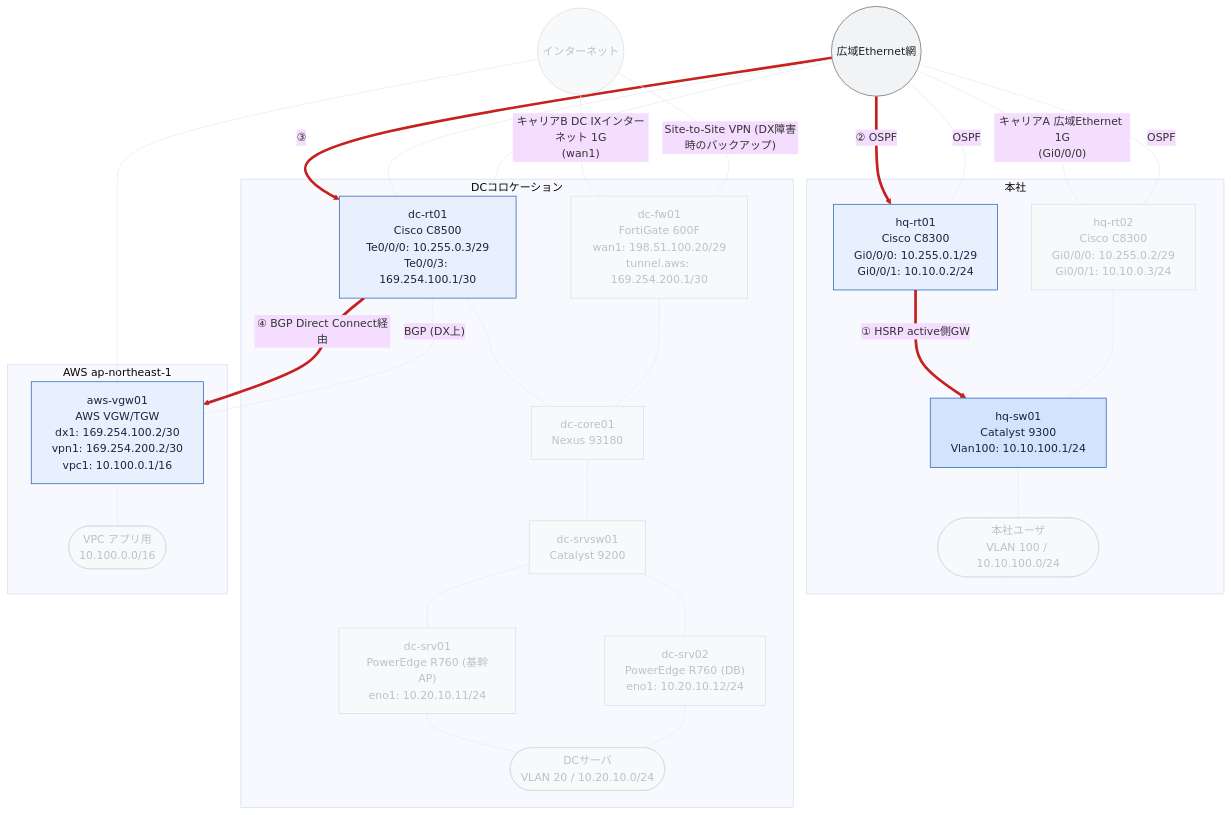
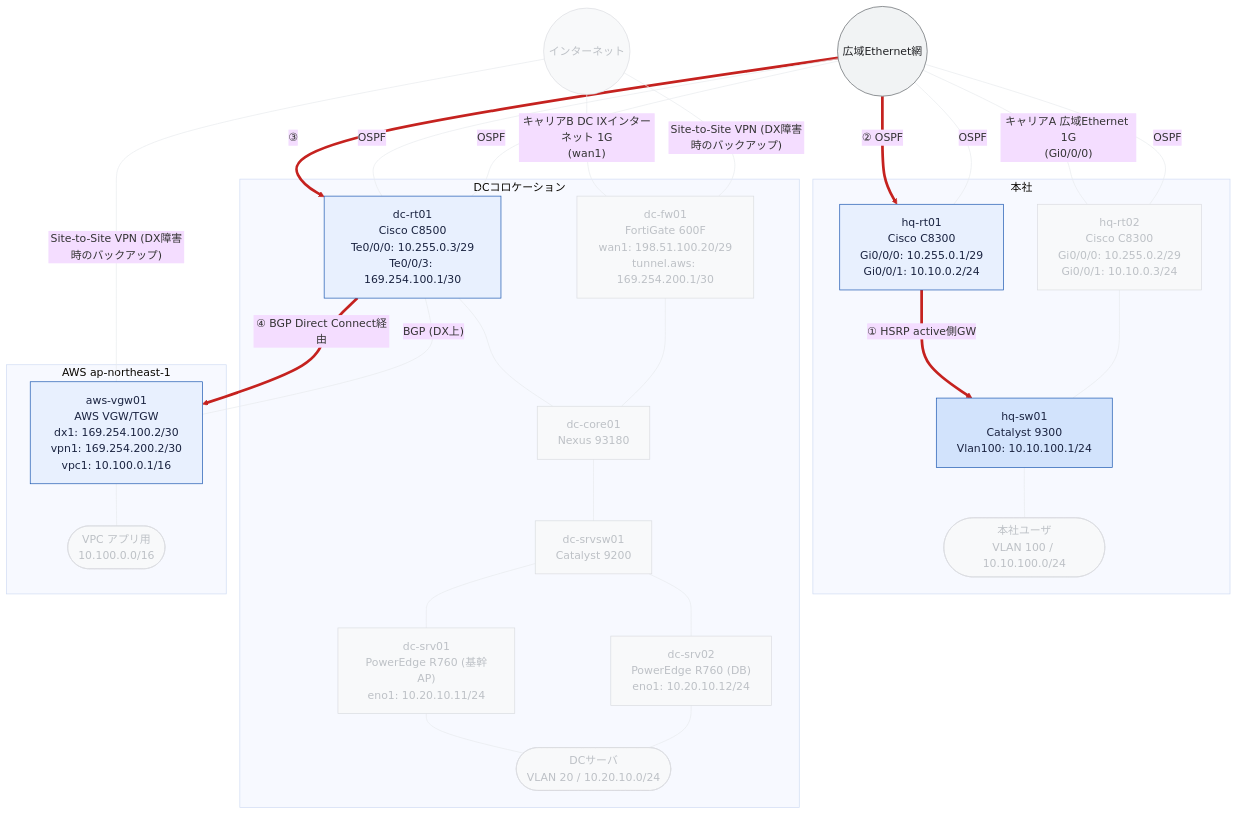
Before and after one commit to thinas1115/nwdsl: the diagram in examples/hq-dc-cloud/generated/path-normal.mmd, drawn with Mermaid (base theme). The commit also changed 53 other files, not shown here.

First line of the commit message:
論理図で本社だけ配置がズレる問題を修正 (via分割エッジのラベル非対称)

```diff
--- a/examples/hq-dc-cloud/generated/path-normal.mmd
+++ b/examples/hq-dc-cloud/generated/path-normal.mmd
@@ -1,63 +1,63 @@
 flowchart TB
   subgraph sg_hq["本社"]
     hq_rt01["hq-rt01<br>Cisco C8300<br>Gi0/0/0: 10.255.0.1/29<br>Gi0/0/1: 10.10.0.2/24"]
     hq_sw01["hq-sw01<br>Catalyst 9300<br>Vlan100: 10.10.100.1/24"]
     hq_rt02["hq-rt02<br>Cisco C8300<br>Gi0/0/0: 10.255.0.2/29<br>Gi0/0/1: 10.10.0.3/24"]
     seg__hq_users(["本社ユーザ<br>VLAN 100 / 10.10.100.0/24"])
   end
   subgraph sg_dc["DCコロケーション"]
     dc_rt01["dc-rt01<br>Cisco C8500<br>Te0/0/0: 10.255.0.3/29<br>Te0/0/3: 169.254.100.1/30"]
     dc_core01["dc-core01<br>Nexus 93180"]
     dc_fw01["dc-fw01<br>FortiGate 600F<br>wan1: 198.51.100.20/29<br>tunnel.aws: 169.254.200.1/30"]
     dc_srvsw01["dc-srvsw01<br>Catalyst 9200"]
     dc_srv01["dc-srv01<br>PowerEdge R760 (基幹AP)<br>eno1: 10.20.10.11/24"]
     dc_srv02["dc-srv02<br>PowerEdge R760 (DB)<br>eno1: 10.20.10.12/24"]
     seg__dc_servers(["DCサーバ<br>VLAN 20 / 10.20.10.0/24"])
   end
   subgraph sg_aws["AWS ap-northeast-1"]
     aws_vgw01["aws-vgw01<br>AWS VGW/TGW<br>dx1: 169.254.100.2/30<br>vpn1: 169.254.200.2/30<br>vpc1: 10.100.0.1/16"]
     seg__aws_vpc_app(["VPC アプリ用<br>10.100.0.0/16"])
   end
   wide_ether(("広域Ethernet網"))
   internet(("インターネット"))
   hq_rt01 -->|"① HSRP active側GW"| hq_sw01
   hq_rt02 --- hq_sw01
   dc_rt01 --- dc_core01
   dc_fw01 --- dc_core01
   dc_core01 --- dc_srvsw01
   dc_srvsw01 --- dc_srv01
   dc_srvsw01 --- dc_srv02
   wide_ether -->|"② OSPF"| hq_rt01
   wide_ether ---|"キャリアA 広域Ethernet 1G<br>(Gi0/0/0)"| hq_rt02
   wide_ether -->|"③"| dc_rt01
   dc_rt01 -->|"④ BGP Direct Connect経由"| aws_vgw01
   internet ---|"キャリアB DC IXインターネット 1G<br>(wan1)"| dc_fw01
   internet ---|"Site-to-Site VPN (DX障害時のバックアップ)"| dc_fw01
-  internet --- aws_vgw01
+  internet ---|"Site-to-Site VPN (DX障害時のバックアップ)"| aws_vgw01
   wide_ether ---|"OSPF"| hq_rt01
-  wide_ether --- dc_rt01
+  wide_ether ---|"OSPF"| dc_rt01
   wide_ether ---|"OSPF"| hq_rt02
-  wide_ether --- dc_rt01
+  wide_ether ---|"OSPF"| dc_rt01
   dc_rt01 ---|"BGP (DX上)"| aws_vgw01
   hq_sw01 --- seg__hq_users
   dc_srv01 --- seg__dc_servers
   dc_srv02 --- seg__dc_servers
   aws_vgw01 --- seg__aws_vpc_app
 
   classDef node_dim fill:#f8f9fa,stroke:#dadce0,color:#bdc1c6
   classDef node_failed fill:#fce8e6,stroke:#c5221f,color:#3c1a19
   classDef role_router fill:#e8f0fe,stroke:#1a56b0,color:#1a2340
   classDef role_l3switch fill:#d2e3fc,stroke:#1a56b0,color:#1a2340
   classDef role_l2switch fill:#e6f4ea,stroke:#137333,color:#1a2e1f
   classDef role_firewall fill:#fce8e6,stroke:#c5221f,color:#3c1a19
   classDef role_other fill:#f1f3f4,stroke:#5f6368,color:#202124
   classDef node_cloud fill:#f1f3f4,stroke:#5f6368,color:#202124
   classDef node_site fill:#fff8e1,stroke:#b58105,color:#4a3a08
   classDef node_segment fill:#e2f5f0,stroke:#0f766e,color:#0b3d38
   classDef node_external fill:#ffffff,stroke:#9aa0a6,stroke-dasharray:3 3,color:#5f6368
   class hq_rt01,dc_rt01,aws_vgw01 role_router
   class hq_sw01 role_l3switch
   class hq_rt02,dc_core01,dc_fw01,dc_srvsw01,dc_srv01,dc_srv02,internet,seg__hq_users,seg__dc_servers,seg__aws_vpc_app node_dim
   class wide_ether node_cloud
   linkStyle 0,7,9,10 stroke:#c5221f,stroke-width:4px
   linkStyle 1,2,3,4,5,6,8,11,12,13,14,15,16,17,18,19,20,21,22 stroke:#e8eaed,stroke-width:1px
```
